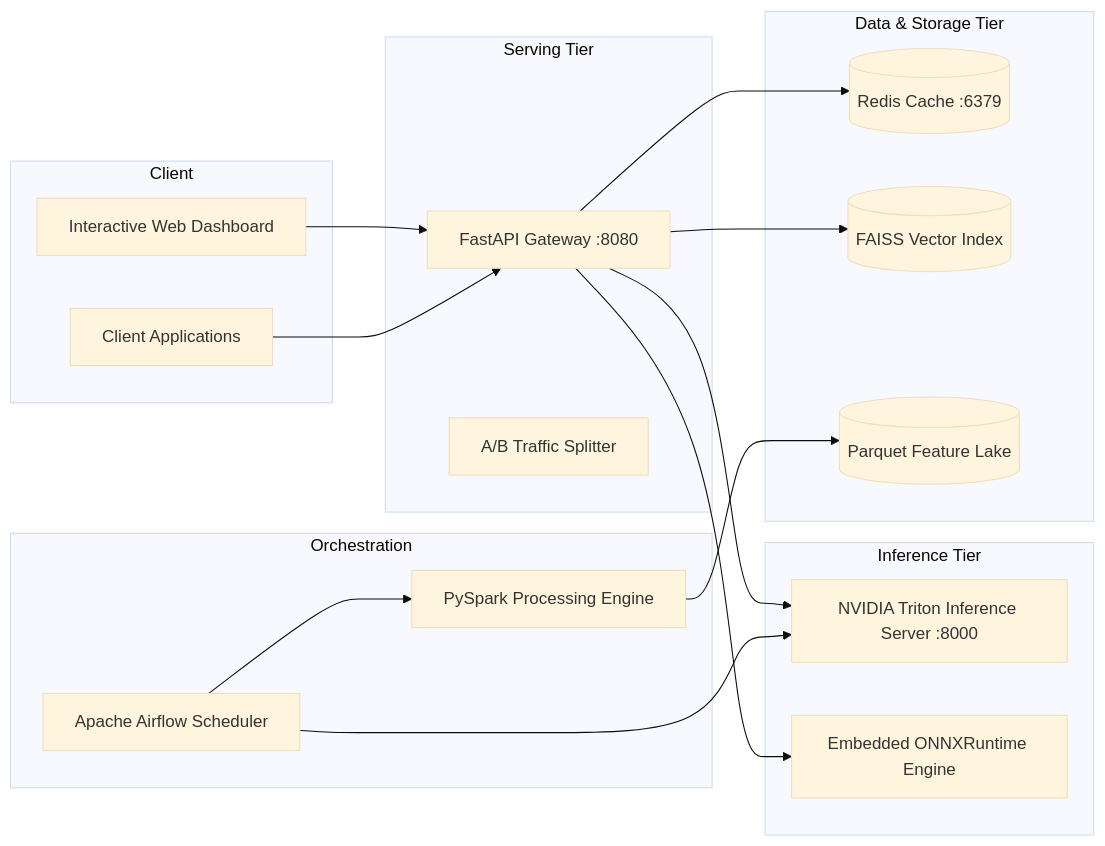
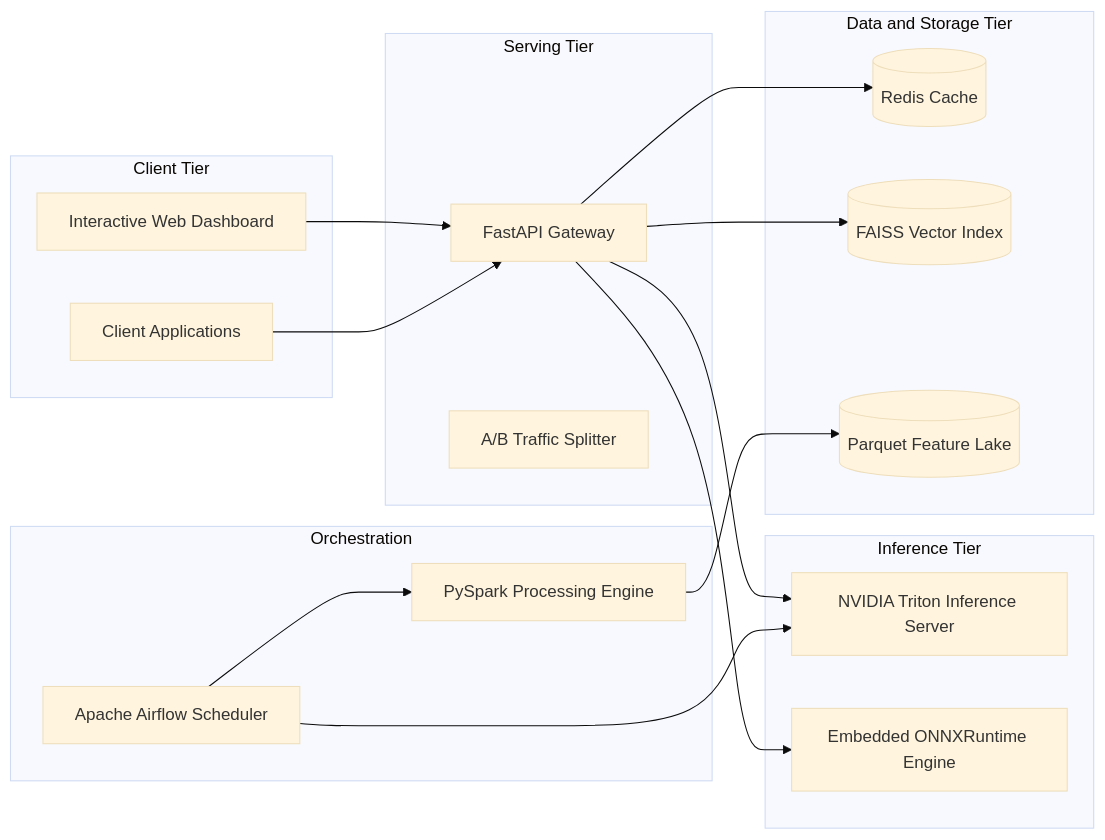
One commit to Sushil-RsP/Large-Scale-Personalized-Recommendation-Engine changed the second of 2 diagrams in docs/ARCHITECTURE.md. Above: the diagram before and after it, drawn with Mermaid (base theme). The commit also changed 4 other files, not shown here.

Commit message:
docs: sync test counts and clean up Mermaid diagram formatting

````diff
--- a/docs/ARCHITECTURE.md
+++ b/docs/ARCHITECTURE.md
@@ -92,38 +92,38 @@
 ```mermaid
 flowchart LR
-    subgraph Client
-        Browser[Interactive Web Dashboard]
-        APIClient[Client Applications]
+    subgraph SubgraphClient ["Client Tier"]
+        Browser["Interactive Web Dashboard"]
+        APIClient["Client Applications"]
     end
 
-    subgraph "Serving Tier"
-        FastAPI[FastAPI Gateway :8080]
-        Router[A/B Traffic Splitter]
+    subgraph SubgraphServing ["Serving Tier"]
+        FastAPI["FastAPI Gateway"]
+        Router["A/B Traffic Splitter"]
     end
 
-    subgraph "Inference Tier"
-        Triton[NVIDIA Triton Inference Server :8000]
-        ONNXRuntime[Embedded ONNXRuntime Engine]
+    subgraph SubgraphInference ["Inference Tier"]
+        Triton["NVIDIA Triton Inference Server"]
+        ONNXRuntime["Embedded ONNXRuntime Engine"]
     end
 
-    subgraph "Data & Storage Tier"
-        Redis[(Redis Cache :6379)]
-        FAISSIndex[(FAISS Vector Index)]
-        ParquetLake[(Parquet Feature Lake)]
+    subgraph SubgraphStorage ["Data and Storage Tier"]
+        Redis[("Redis Cache")]
+        FAISSIndex[("FAISS Vector Index")]
+        ParquetLake[("Parquet Feature Lake")]
     end
 
-    subgraph "Orchestration"
-        Airflow[Apache Airflow Scheduler]
-        Spark[PySpark Processing Engine]
+    subgraph SubgraphOrchestration ["Orchestration"]
+        Airflow["Apache Airflow Scheduler"]
+        Spark["PySpark Processing Engine"]
     end
 
     Browser --> FastAPI
     APIClient --> FastAPI
     FastAPI --> Redis
     FastAPI --> Triton
     FastAPI --> ONNXRuntime
     FastAPI --> FAISSIndex
     Airflow --> Spark
     Spark --> ParquetLake
     Airflow --> Triton
 ```
````
